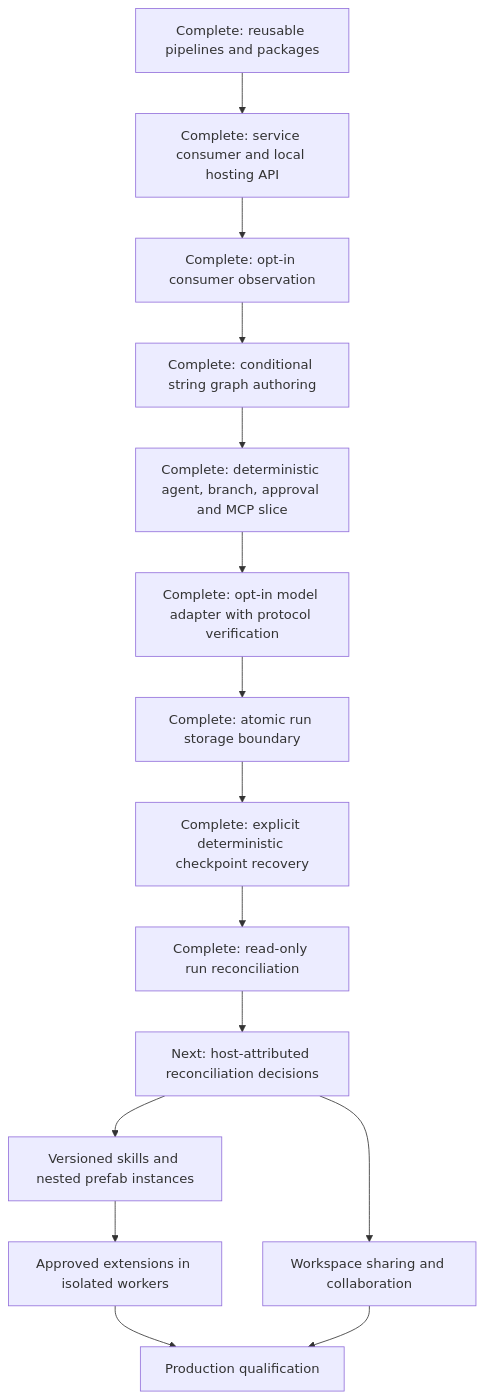
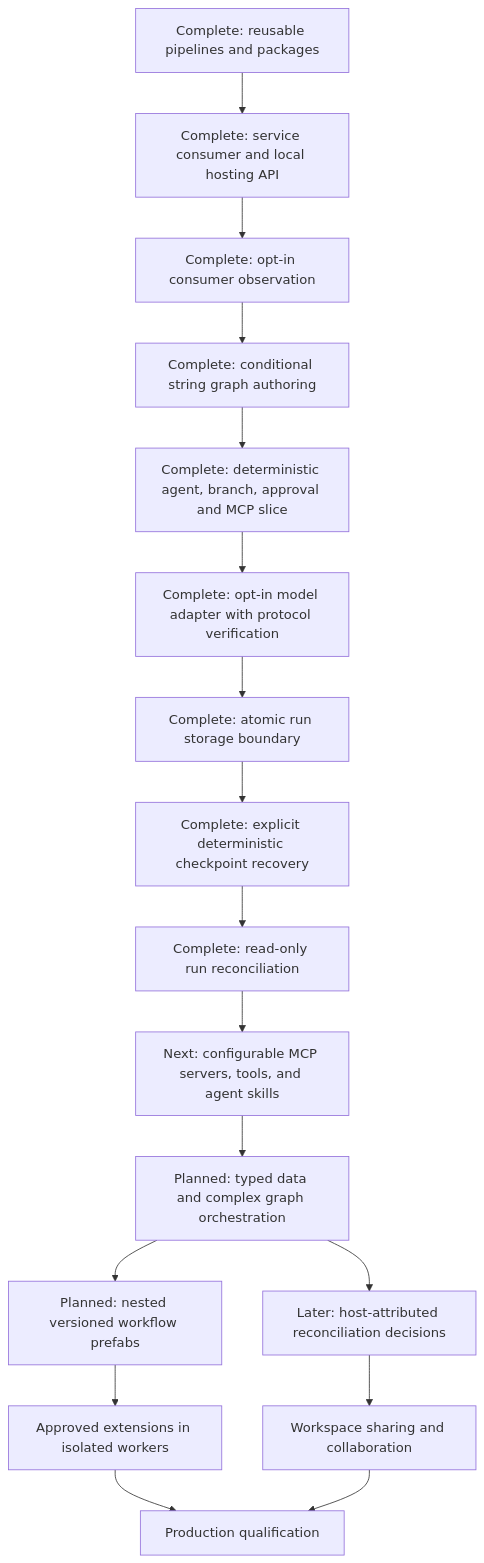
One commit to gnalvesteffer/visual-agent-workflow changed the diagram in docs/roadmap.md. Above: the diagram before and after it, drawn with Mermaid. The commit also changed other lines of this file and 2 other files, not shown here.

Commit message:
Prioritize advanced agent authoring roadmap

````diff
--- a/docs/roadmap.md
+++ b/docs/roadmap.md
@@ -74,17 +74,19 @@
 ```mermaid
 flowchart TD
     Reuse["Complete: reusable pipelines and packages"] --> Hosting["Complete: service consumer and local hosting API"]
     Hosting --> Observe["Complete: opt-in consumer observation"]
     Observe --> Graph["Complete: conditional string graph authoring"]
     Graph --> Vertical["Complete: deterministic agent, branch, approval and MCP slice"]
     Vertical --> Models["Complete: opt-in model adapter with protocol verification"]
     Models --> Store["Complete: atomic run storage boundary"]
     Store --> Recovery["Complete: explicit deterministic checkpoint recovery"]
     Recovery --> Assess["Complete: read-only run reconciliation"]
-    Assess --> Durable["Next: host-attributed reconciliation decisions"]
-    Durable --> Assets["Versioned skills and nested prefab instances"]
+    Assess --> Agents["Next: configurable MCP servers, tools, and agent skills"]
+    Agents --> Orchestration["Planned: typed data and complex graph orchestration"]
+    Orchestration --> Assets["Planned: nested versioned workflow prefabs"]
+    Orchestration --> Durable["Later: host-attributed reconciliation decisions"]
     Assets --> Extensions["Approved extensions in isolated workers"]
     Durable --> Collaboration["Workspace sharing and collaboration"]
     Extensions --> Production["Production qualification"]
     Collaboration --> Production
 ```
````
